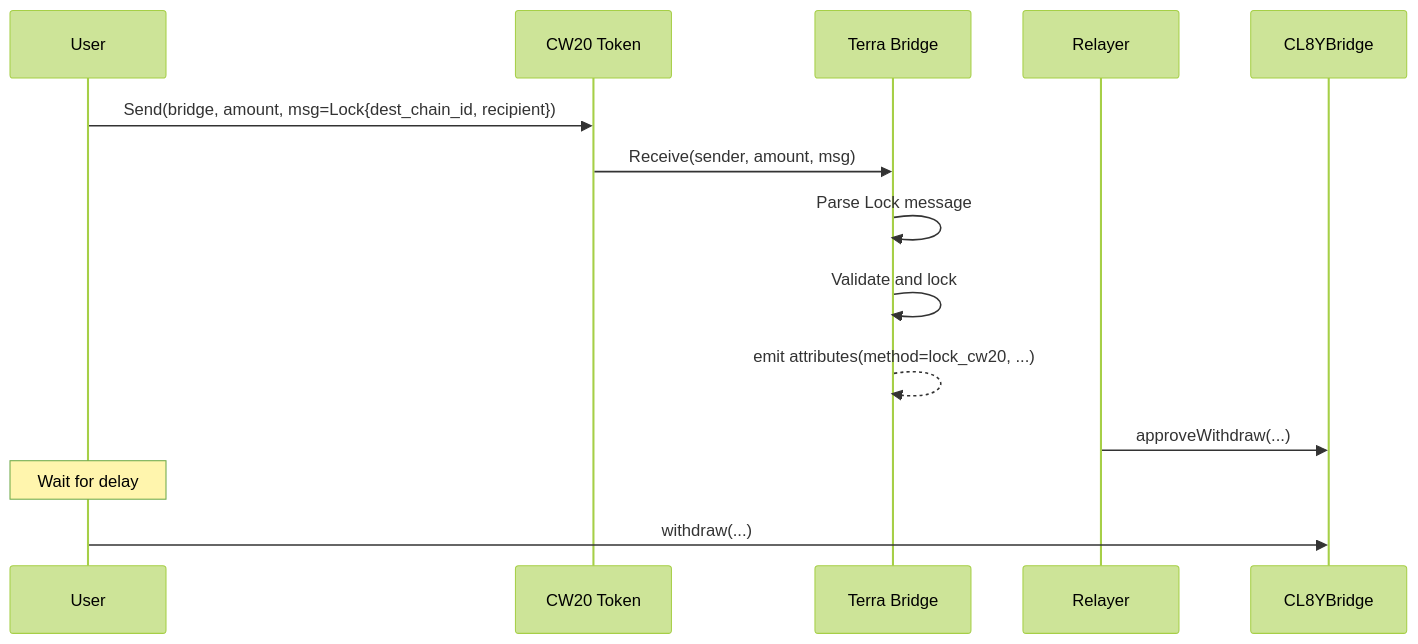
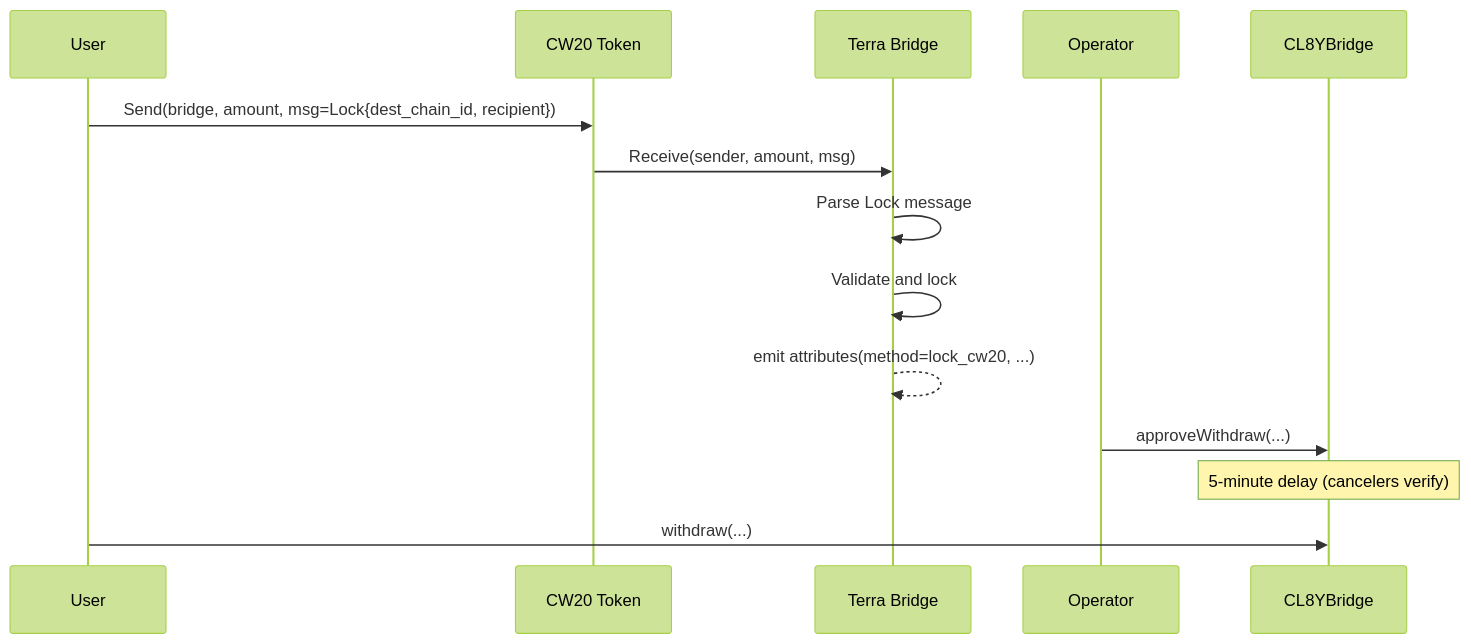
One commit to PlasticDigits/cl8y-bridge-monorepo changed the fourth of 4 diagrams in docs/crosschain-flows.md. Above: the diagram before and after it, drawn with Mermaid (forest theme). The commit also changed other lines of this file and 130 other files, not shown here.

````diff
--- a/docs/crosschain-flows.md
+++ b/docs/crosschain-flows.md
@@ -123,21 +141,21 @@
 ```mermaid
 sequenceDiagram
     participant User
     participant CW20 as CW20 Token
     participant Terra as Terra Bridge
-    participant Relayer
+    participant Operator
     participant Bridge as CL8YBridge
 
     User->>CW20: Send(bridge, amount, msg=Lock{dest_chain_id, recipient})
 
     CW20->>Terra: Receive(sender, amount, msg)
     Terra->>Terra: Parse Lock message
     Terra->>Terra: Validate and lock
     Terra-->>Terra: emit attributes(method=lock_cw20, ...)
 
-    Relayer->>Bridge: approveWithdraw(...)
+    Operator->>Bridge: approveWithdraw(...)
 
-    Note over User: Wait for delay
+    Note over Bridge: 5-minute delay (cancelers verify)
 
     User->>Bridge: withdraw(...)
 ```
````
